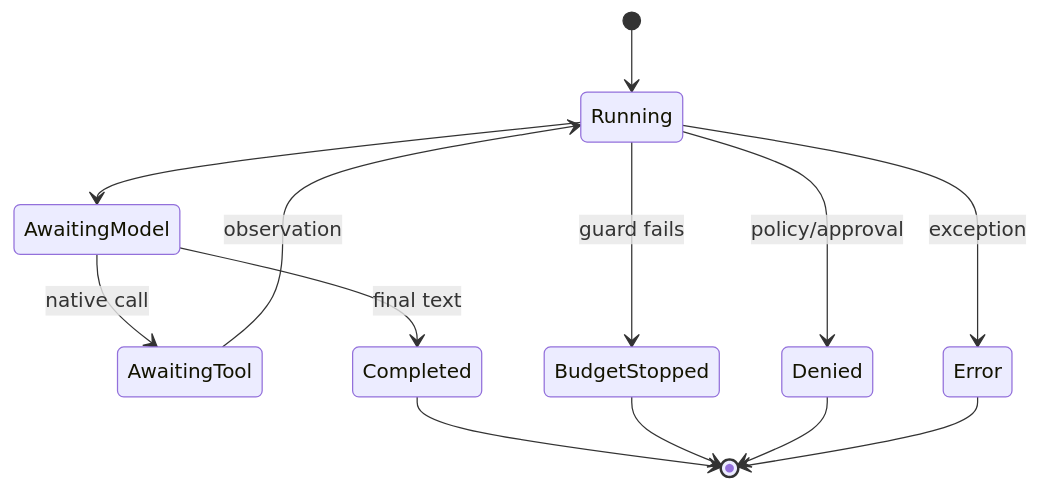
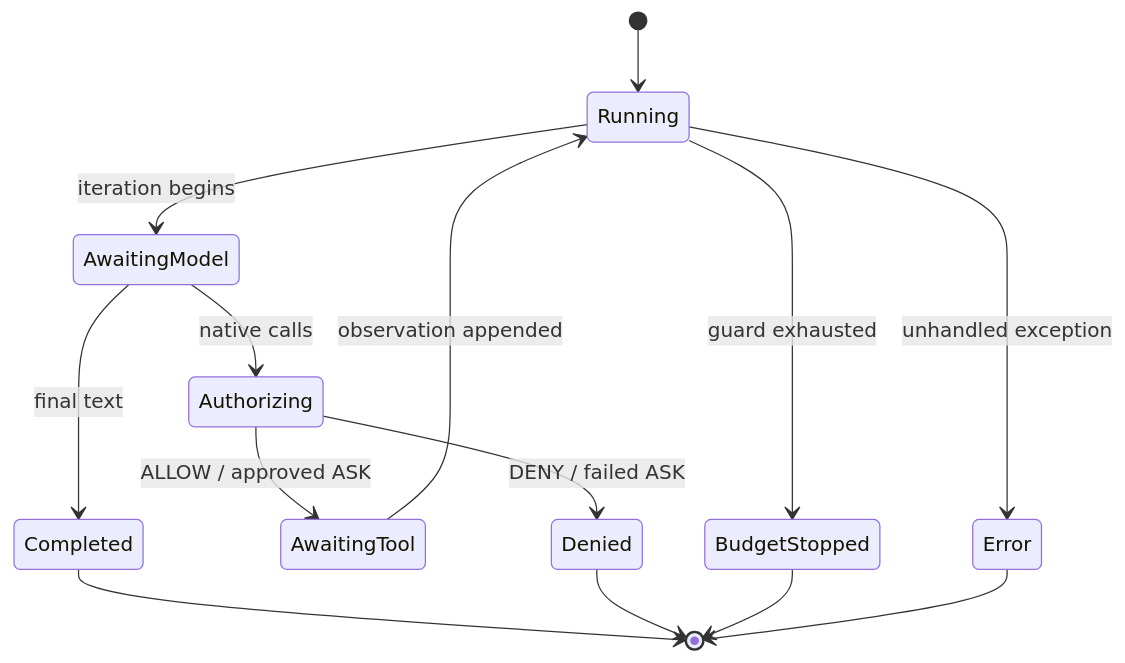
The first of 2 diagrams in docs/course/concepts/state-machines.md (levalencia/archon), drawn with Mermaid before and after one commit. The commit also changed other lines of this file and 10 other files, not shown here.

````diff
--- a/docs/course/concepts/state-machines.md
+++ b/docs/course/concepts/state-machines.md
@@ -7,15 +24,16 @@
 ```mermaid
 stateDiagram-v2
   [*] --> Running
-  Running --> AwaitingModel
-  AwaitingModel --> AwaitingTool: native call
+  Running --> AwaitingModel: iteration begins
   AwaitingModel --> Completed: final text
-  AwaitingTool --> Running: observation
-  Running --> BudgetStopped: guard fails
-  Running --> Denied: policy/approval
-  Running --> Error: exception
+  AwaitingModel --> Authorizing: native calls
+  Authorizing --> AwaitingTool: ALLOW / approved ASK
+  Authorizing --> Denied: DENY / failed ASK
+  AwaitingTool --> Running: observation appended
+  Running --> BudgetStopped: guard exhausted
+  Running --> Error: unhandled exception
   Completed --> [*]
+  Denied --> [*]
   BudgetStopped --> [*]
-  Denied --> [*]
   Error --> [*]
 ```
````
